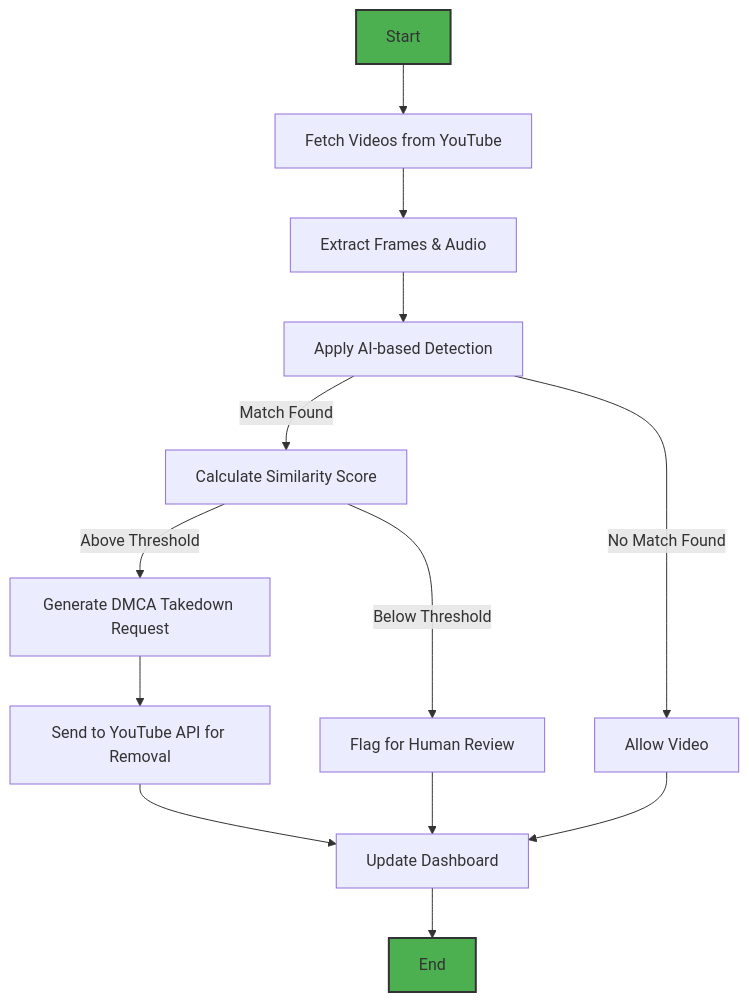
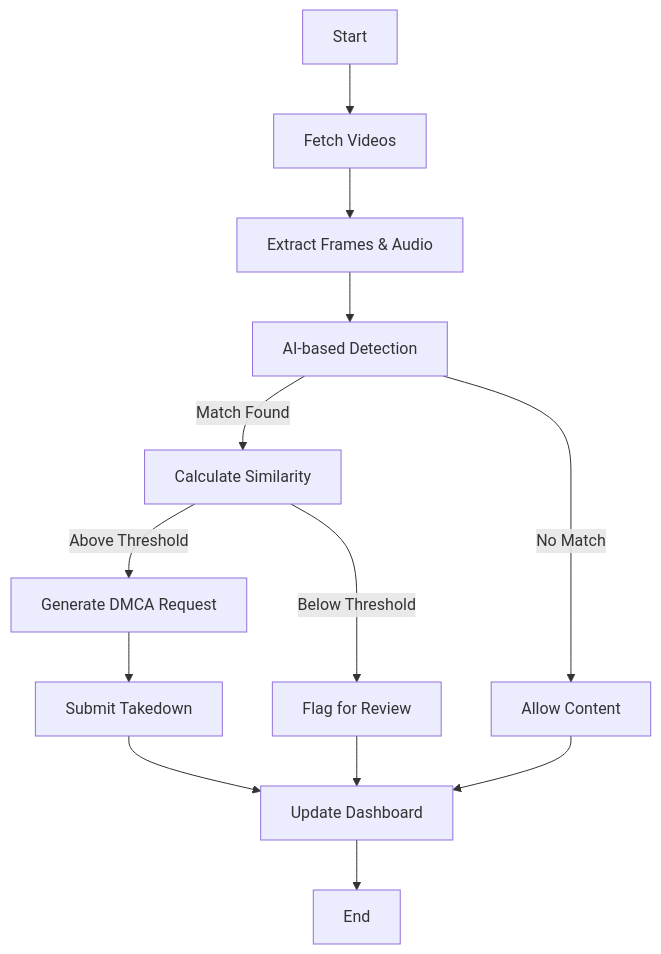
The diagram in README.md (sktigpta/Gdg-Solution-Challenge), drawn with Mermaid before and after one commit. The commit also changed other lines of this file and 10 other files, not shown here.

````diff
--- a/README.md
+++ b/README.md
@@ -341,19 +145,15 @@
 ```mermaid
 flowchart TD
-    A[Start] --> B[Fetch Videos from YouTube]
+    A[Start] --> B[Fetch Videos]
     B --> C[Extract Frames & Audio]
-    C --> D[Apply AI-based Detection]
-    D -->|Match Found| E[Calculate Similarity Score]
-    E -->|Above Threshold| F[Generate DMCA Takedown Request]
-    F --> G[Send to YouTube API for Removal]
-    E -->|Below Threshold| H[Flag for Human Review]
-    D -->|No Match Found| I[Allow Video]
+    C --> D[AI-based Detection]
+    D -->|Match Found| E[Calculate Similarity]
+    E -->|Above Threshold| F[Generate DMCA Request]
+    F --> G[Submit Takedown]
+    E -->|Below Threshold| H[Flag for Review]
+    D -->|No Match| I[Allow Content]
     G --> J[Update Dashboard]
     H --> J
     I --> J
     J --> K[End]
-
-    style A fill:#4CAF50,stroke:#333,stroke-width:2px
-    style K fill:#4CAF50,stroke:#333,stroke-width:2px
-    
 ```
````
